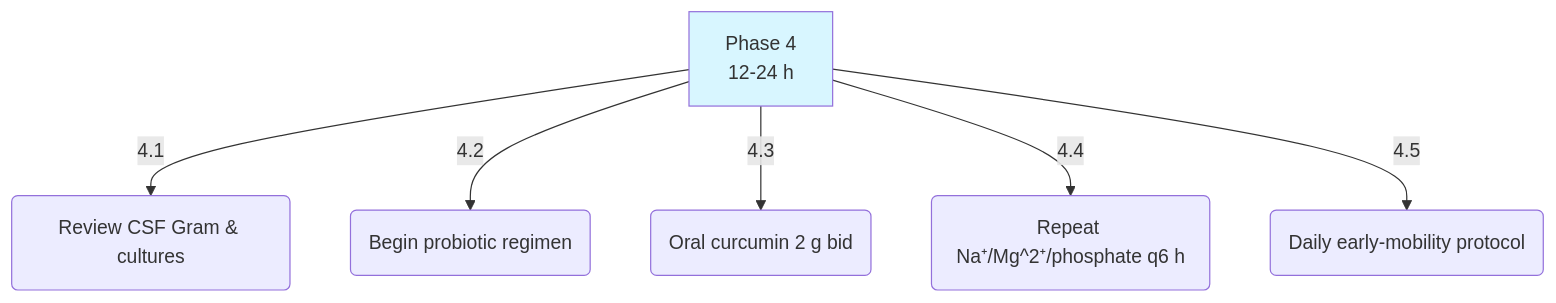
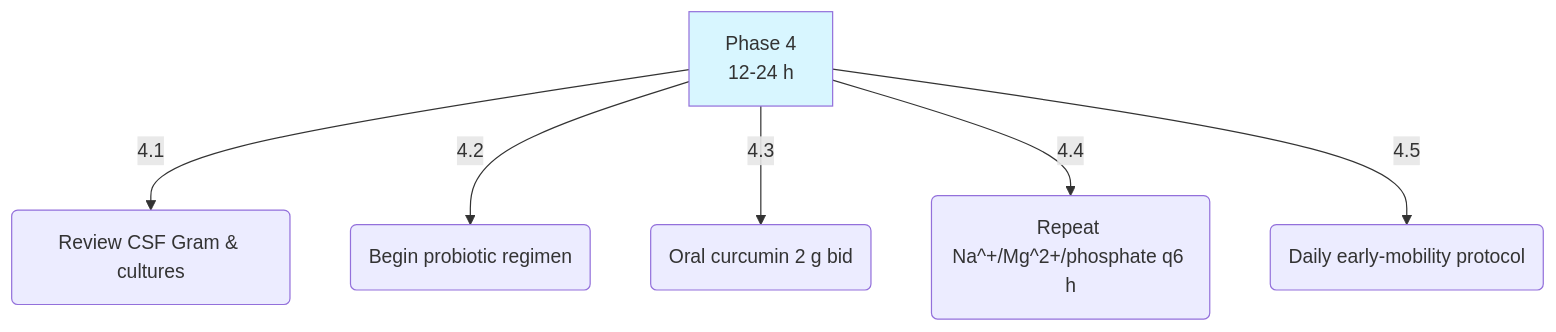
The fifth of 9 diagrams in openai_taelin_query.md (uumami/meningitis_protocol), drawn with Mermaid before and after one commit. The commit also changed other lines of this file and 5 other files, not shown here.

````diff
--- a/openai_taelin_query.md
+++ b/openai_taelin_query.md
@@ -101,9 +101,9 @@
 ```mermaid
 graph TD
     P4[Phase 4<br>12-24 h] -->|4.1| Review(Review CSF Gram & cultures)
     P4 -->|4.2| Pro(Begin probiotic regimen)
     P4 -->|4.3| Cur(Oral curcumin 2 g bid)
-    P4 -->|4.4| Electro(Repeat Na⁺/Mg^2⁺/phosphate q6 h)
+    P4 -->|4.4| Electro(Repeat Na^+/Mg^2+/phosphate q6 h)
     P4 -->|4.5| Mobility(Daily early-mobility protocol)
     style P4 fill:#d8f6ff
 ```
````
